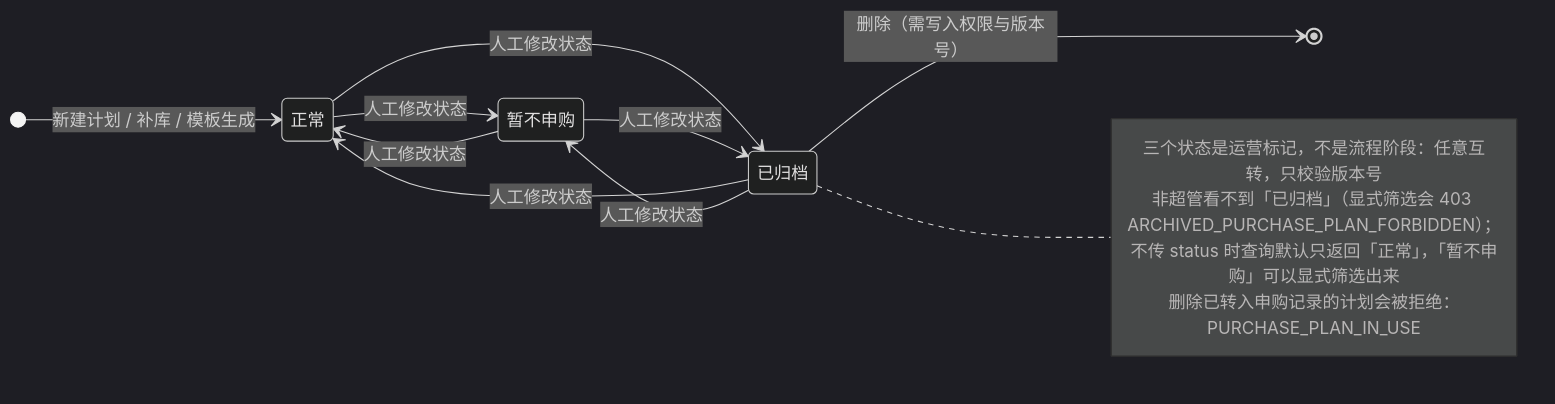
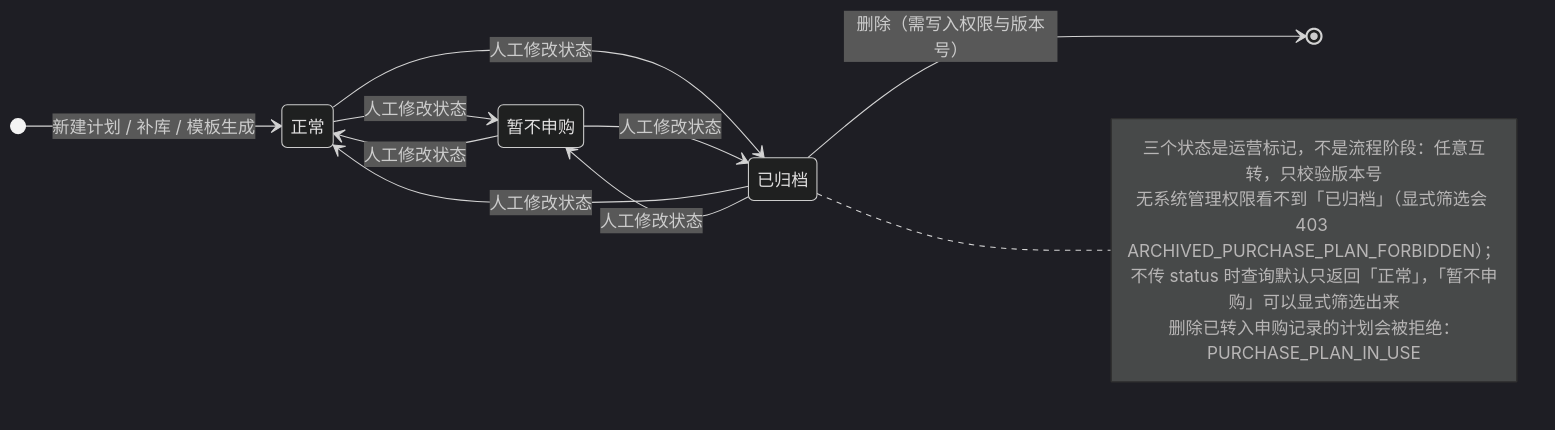
Before and after one commit to Sakana-1314/Electrical-Manager: the second of 24 diagrams in docs/websites/pages/dev-state-machines.md, drawn with Mermaid (dark theme). The commit also changed other lines of this file and 74 other files, not shown here.

````diff
--- a/docs/websites/pages/dev-state-machines.md
+++ b/docs/websites/pages/dev-state-machines.md
@@ -45,18 +45,18 @@
 ```mermaid
 stateDiagram-v2
     direction LR
     [*] --> 正常 : 新建计划 / 补库 / 模板生成
     正常 --> 暂不申购 : 人工修改状态
     暂不申购 --> 正常 : 人工修改状态
     正常 --> 已归档 : 人工修改状态
     已归档 --> 正常 : 人工修改状态
     暂不申购 --> 已归档 : 人工修改状态
     已归档 --> 暂不申购 : 人工修改状态
     已归档 --> [*] : 删除（需写入权限与版本号）
     note right of 已归档
         三个状态是运营标记，不是流程阶段：任意互转，只校验版本号
-        非超管看不到「已归档」（显式筛选会 403 ARCHIVED_PURCHASE_PLAN_FORBIDDEN）；
+        无系统管理权限看不到「已归档」（显式筛选会 403 ARCHIVED_PURCHASE_PLAN_FORBIDDEN）；
         不传 status 时查询默认只返回「正常」，「暂不申购」可以显式筛选出来
         删除已转入申购记录的计划会被拒绝：PURCHASE_PLAN_IN_USE
     end note
 ```
````
